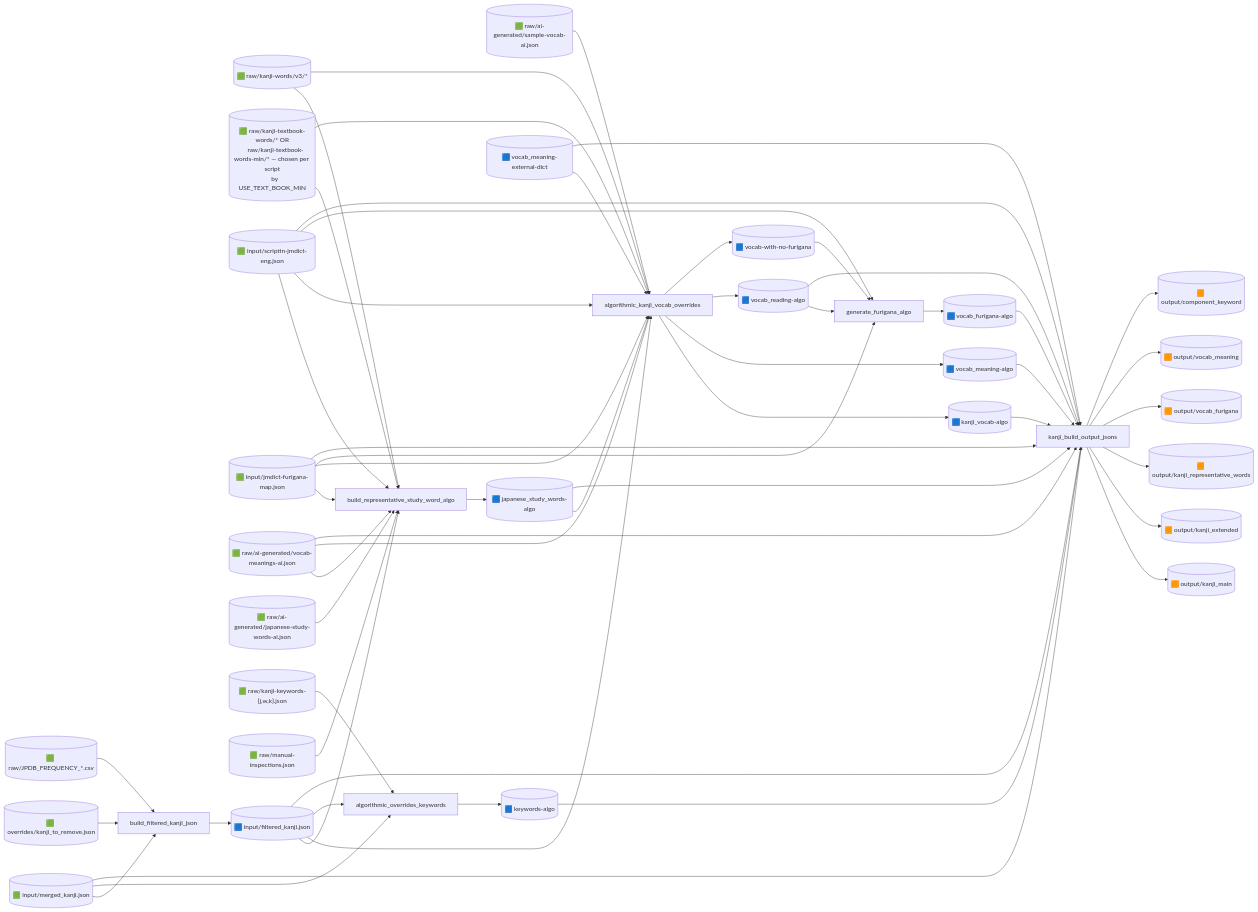
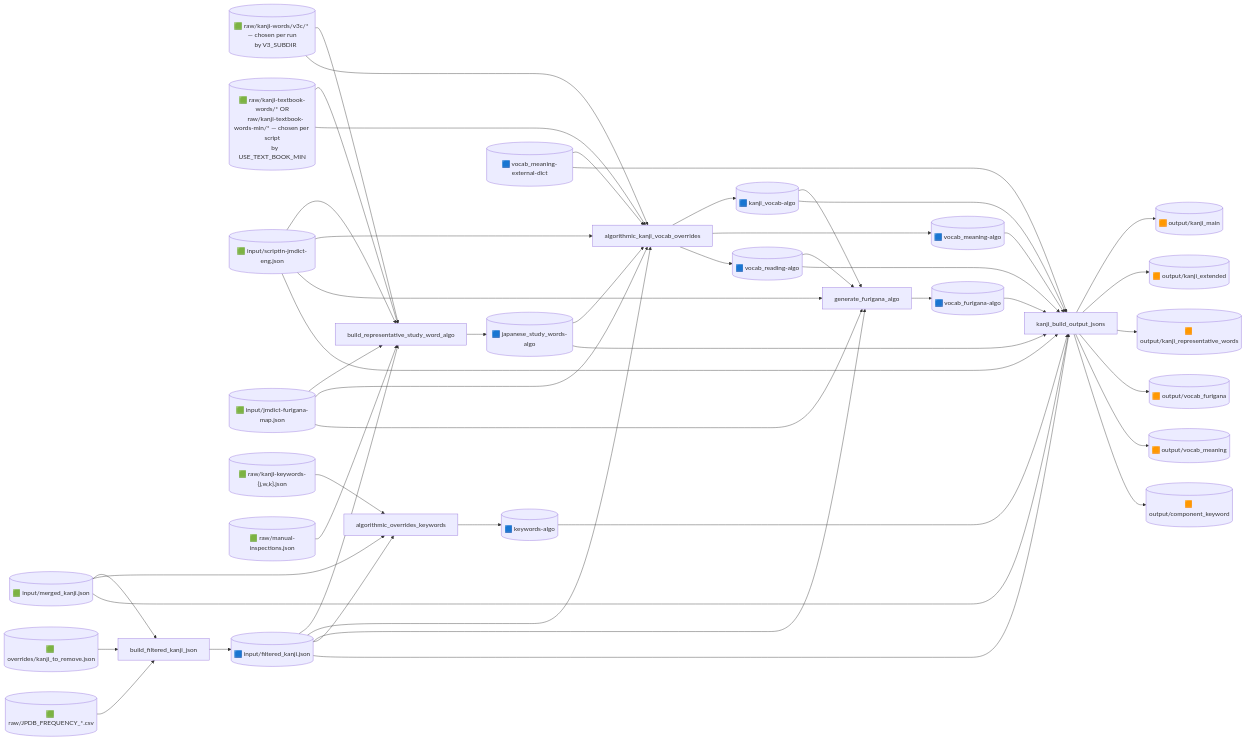
Before and after one commit to PikaPikaGems/kanji-heatmap-data: the second of 7 diagrams in notes/flowchart.md, drawn with Mermaid. The commit also changed other lines of this file and 22 other files, not shown here.

First line of the commit message:
Simplify furigana pipeline, improve sample-word selection, drop AI data files

````diff
--- a/notes/flowchart.md
+++ b/notes/flowchart.md
@@ -58,15 +63,13 @@
     %% raw inputs
     merged[("🟩 input/merged_kanji.json")]
     remove[("🟩 overrides/kanji_to_remove.json")]
-    v3[("🟩 raw/kanji-words/v3/*")]
+    v3[("🟩 raw/kanji-words/v3c/* — chosen per run
+    by V3_SUBDIR")]
     textbook[("🟩 raw/kanji-textbook-words/* OR
     raw/kanji-textbook-words-min/* — chosen per script
     by USE_TEXT_BOOK_MIN")]
     jmdict[("🟩 input/scriptin-jmdict-eng.json")]
     furimap[("🟩 input/jmdict-furigana-map.json")]
-    aiwords[("🟩 raw/ai-generated/sample-vocab-ai.json")]
-    aimean[("🟩 raw/ai-generated/vocab-meanings-ai.json")]
-    aistudy[("🟩 raw/ai-generated/japanese-study-words-ai.json")]
     jpdbfreq[("🟩 raw/JPDB_FREQUENCY_*.csv")]
     keywordsraw[("🟩 raw/kanji-keywords-{j,w,k}.json")]
     manual[("🟩 raw/manual-inspections.json")]
@@ -88,7 +91,6 @@
     kv[("🟦 kanji_vocab-algo")]
     vm[("🟦 vocab_meaning-algo")]
     vr[("🟦 vocab_reading-algo")]
-    nofuri[("🟦 vocab-with-no-furigana")]
     vf[("🟦 vocab_furigana-algo")]
     kwalgo[("🟦 keywords-algo")]
     ext[("🟦 vocab_meaning-external-dict")]
@@ -111,8 +113,6 @@
     v3 --> S2
     textbook --> S2
     jmdict --> S2
-    aimean --> S2
-    aistudy --> S2
     manual --> S2
     furimap --> S2
     S2 --> jsw
@@ -122,13 +122,12 @@
     textbook --> S3
     jmdict --> S3
     furimap --> S3
-    aiwords --> S3
-    aimean --> S3
     jsw --> S3
     ext --> S3
-    S3 --> kv & vm & vr & nofuri
+    S3 --> kv & vm & vr
 
-    nofuri --> S4
+    filt --> S4
+    kv --> S4
     furimap --> S4
     jmdict --> S4
     vr --> S4
@@ -147,10 +146,8 @@
     vr --> S6
     vf --> S6
     ext --> S6
-    aimean --> S6
     jsw --> S6
     kwalgo --> S6
-    furimap --> S6
     jmdict --> S6
     S6 --> main & extd & repw & outvf & outvm & compkw
 ```
````
